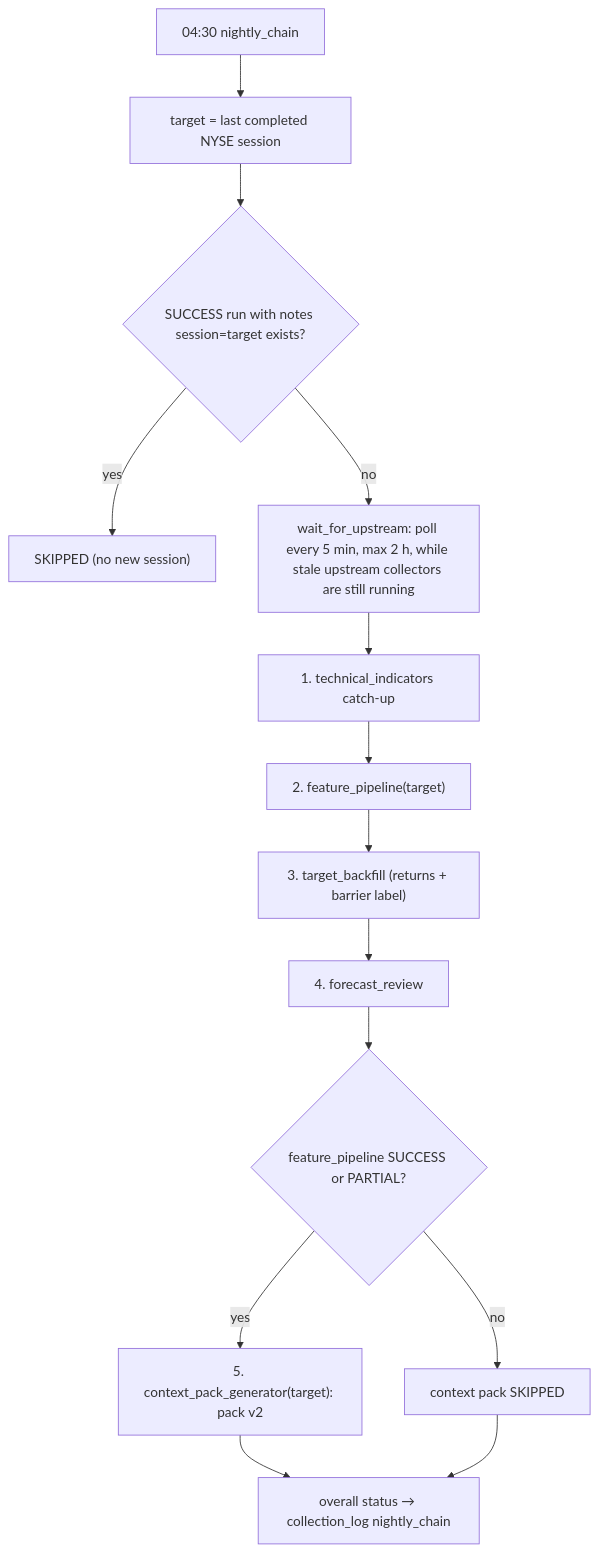
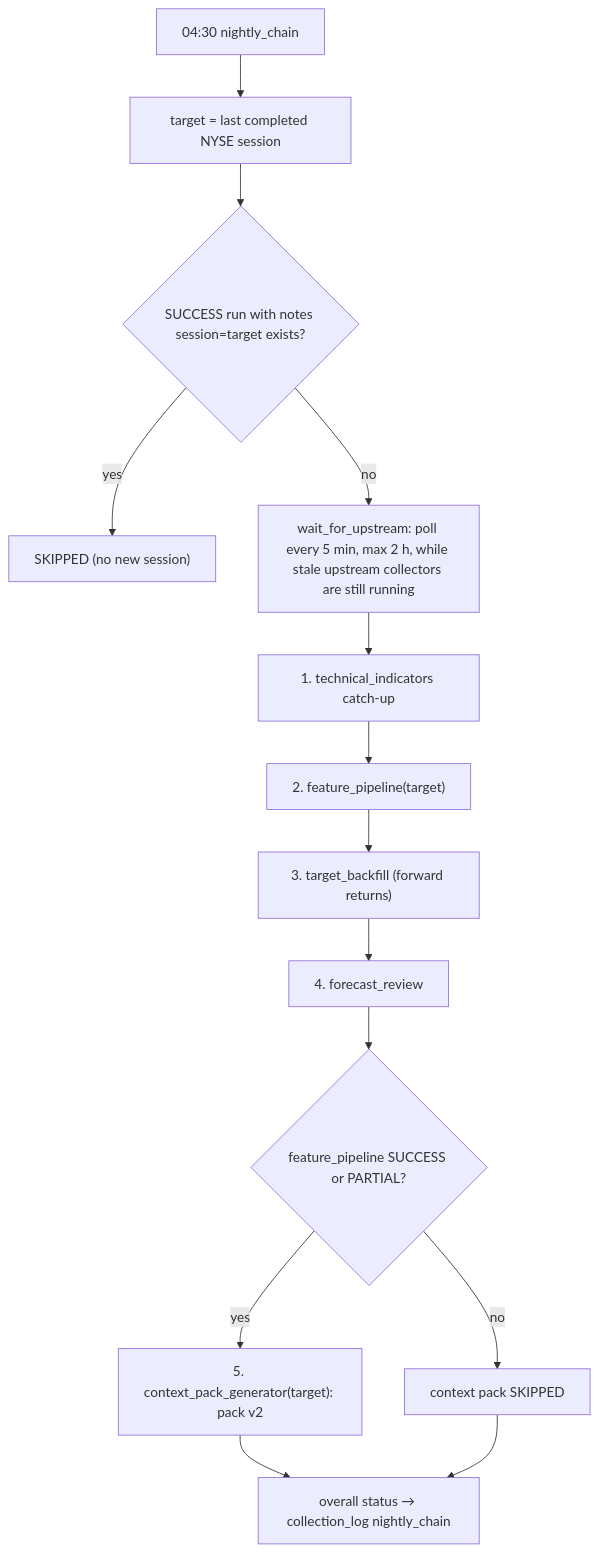
Before and after one commit to sebastianganser/Alpaca-Broker: the second of 2 diagrams in docs/ARCHITECTURE.md, drawn with Mermaid. The commit also changed other lines of this file and 29 other files, not shown here.

````diff
--- a/docs/ARCHITECTURE.md
+++ b/docs/ARCHITECTURE.md
@@ -282,16 +279,16 @@
 ```mermaid
 flowchart TD
     A["04:30 nightly_chain"] --> B["target = last completed NYSE session"]
     B --> C{"SUCCESS run with notes session=target exists?"}
     C -- yes --> Z["SKIPPED (no new session)"]
     C -- no --> D["wait_for_upstream: poll every 5 min, max 2 h, while stale upstream collectors are still running"]
     D --> E["1. technical_indicators catch-up"]
     E --> F["2. feature_pipeline(target)"]
-    F --> G["3. target_backfill (returns + barrier label)"]
+    F --> G["3. target_backfill (forward returns)"]
     G --> H["4. forecast_review"]
     H --> I{"feature_pipeline SUCCESS or PARTIAL?"}
     I -- yes --> J["5. context_pack_generator(target): pack v2"]
     I -- no --> K["context pack SKIPPED"]
     J --> L["overall status → collection_log nightly_chain"]
     K --> L
 ```
````
